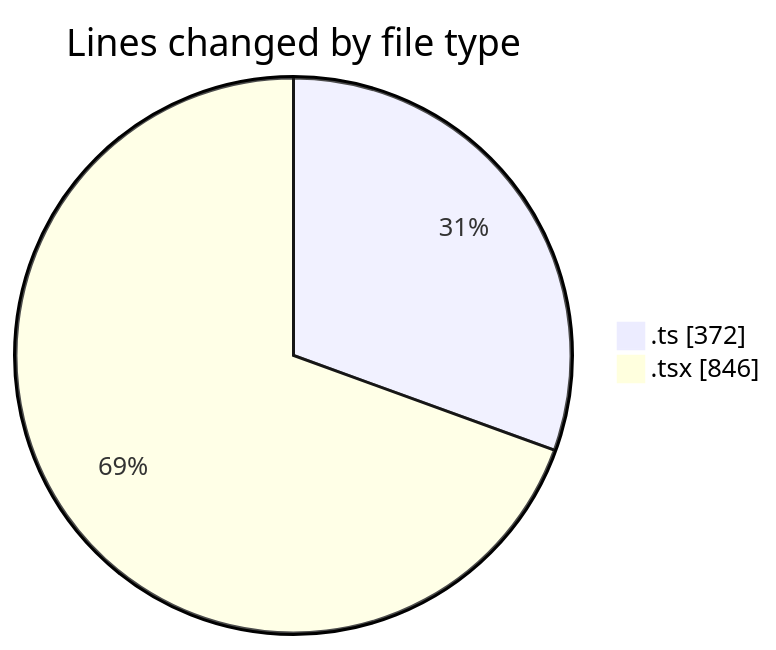
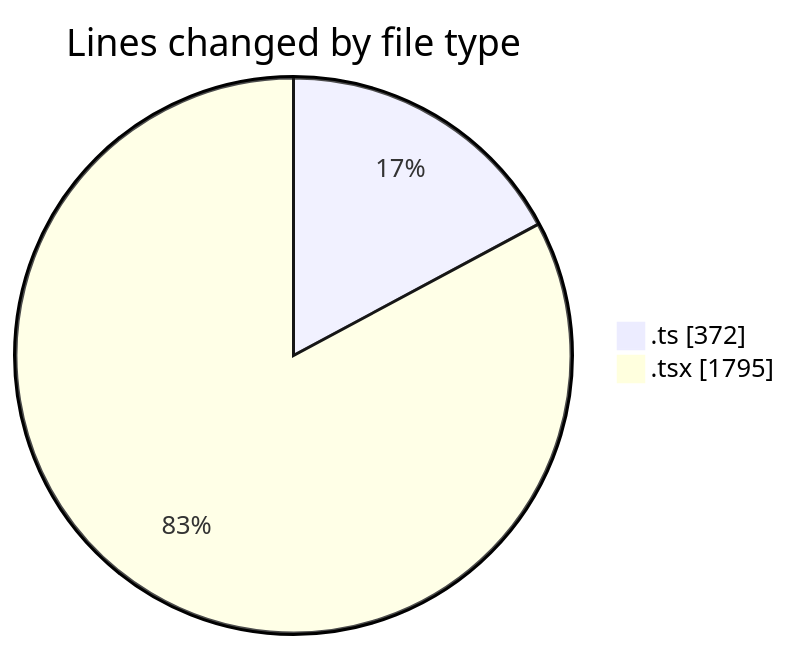
Before and after one commit to robertbonfada/code-tracking: the first of 2 diagrams in 2025-02-25/mbc-web/README.md, drawn with Mermaid. The commit also changed other lines of this file and 1 other file, not shown here.

````diff
--- a/2025-02-25/mbc-web/README.md
+++ b/2025-02-25/mbc-web/README.md
@@ -24,6 +26,6 @@
 ```mermaid
 pie showData
 title Lines changed by file type
 ".ts" : 372
-".tsx" : 846
+".tsx" : 1795
 ```
````
